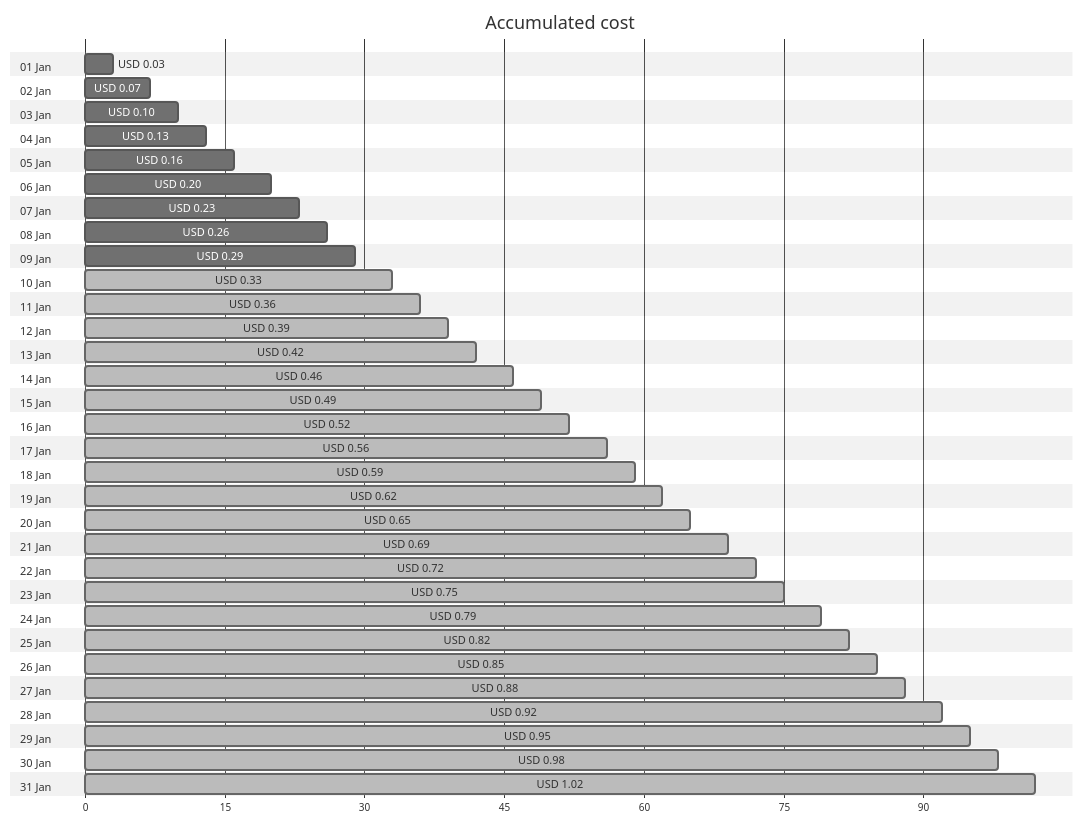
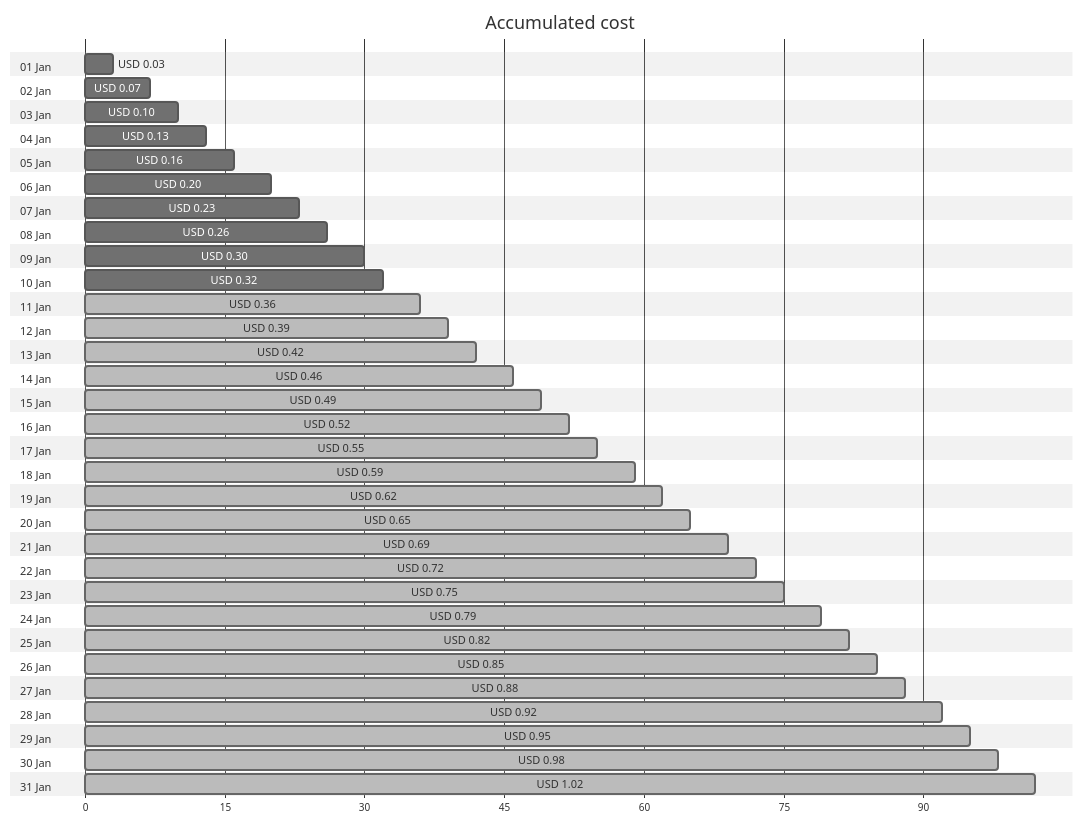
Before and after one commit to jpfulton/azure-personal-reports: the first of 4 diagrams in cost-reports/personal-dns/README.md, drawn with Mermaid (neutral theme). The commit also changed other lines of this file and 2 other files, not shown here.

````diff
--- a/cost-reports/personal-dns/README.md
+++ b/cost-reports/personal-dns/README.md
@@ -20,68 +20,68 @@
 ```mermaid
 gantt
    title Accumulated cost
    dateFormat  X
    axisFormat %s
    section 01 Jan
    USD 0.03 :0, 3
    section 02 Jan
    USD 0.07 :0, 7
    section 03 Jan
    USD 0.10 :0, 10
    section 04 Jan
    USD 0.13 :0, 13
    section 05 Jan
    USD 0.16 :0, 16
    section 06 Jan
    USD 0.20 :0, 20
    section 07 Jan
    USD 0.23 :0, 23
    section 08 Jan
    USD 0.26 :0, 26
    section 09 Jan
-   USD 0.29 :0, 29
+   USD 0.30 :0, 30
    section 10 Jan
-   USD 0.33 : done, 0, 33
+   USD 0.32 :0, 32
    section 11 Jan
    USD 0.36 : done, 0, 36
    section 12 Jan
    USD 0.39 : done, 0, 39
    section 13 Jan
    USD 0.42 : done, 0, 42
    section 14 Jan
    USD 0.46 : done, 0, 46
    section 15 Jan
    USD 0.49 : done, 0, 49
    section 16 Jan
    USD 0.52 : done, 0, 52
    section 17 Jan
-   USD 0.56 : done, 0, 56
+   USD 0.55 : done, 0, 55
    section 18 Jan
    USD 0.59 : done, 0, 59
    section 19 Jan
    USD 0.62 : done, 0, 62
    section 20 Jan
    USD 0.65 : done, 0, 65
    section 21 Jan
    USD 0.69 : done, 0, 69
    section 22 Jan
    USD 0.72 : done, 0, 72
    section 23 Jan
    USD 0.75 : done, 0, 75
    section 24 Jan
    USD 0.79 : done, 0, 79
    section 25 Jan
    USD 0.82 : done, 0, 82
    section 26 Jan
    USD 0.85 : done, 0, 85
    section 27 Jan
    USD 0.88 : done, 0, 88
    section 28 Jan
    USD 0.92 : done, 0, 92
    section 29 Jan
    USD 0.95 : done, 0, 95
    section 30 Jan
    USD 0.98 : done, 0, 98
    section 31 Jan
    USD 1.02 : done, 0, 102
 ```
````
